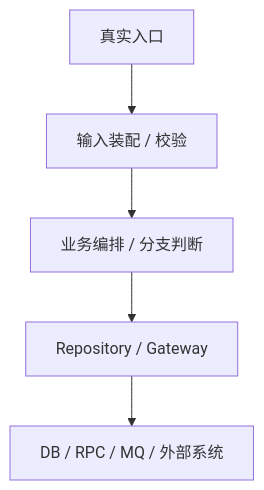
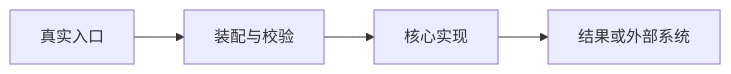
One commit to SisyphusSQ/mongo-overview-tool changed the diagram in .agents/plans/TEMPLATE.md. Above: the diagram before and after it, drawn with Mermaid. The commit also changed other lines of this file and 21 other files, not shown here.

````diff
--- a/.agents/plans/TEMPLATE.md
+++ b/.agents/plans/TEMPLATE.md
@@ -70,7 +61,6 @@
 ```mermaid
-flowchart TD
-    Entry["真实入口"] --> Assemble["输入装配 / 校验"]
-    Assemble --> Service["业务编排 / 分支判断"]
-    Service --> Repo["Repository / Gateway"]
-    Repo --> External["DB / RPC / MQ / 外部系统"]
+flowchart LR
+    Entry["真实入口"] --> Assemble["装配与校验"]
+    Assemble --> Core["核心实现"]
+    Core --> Output["结果或外部系统"]
 ```
````
